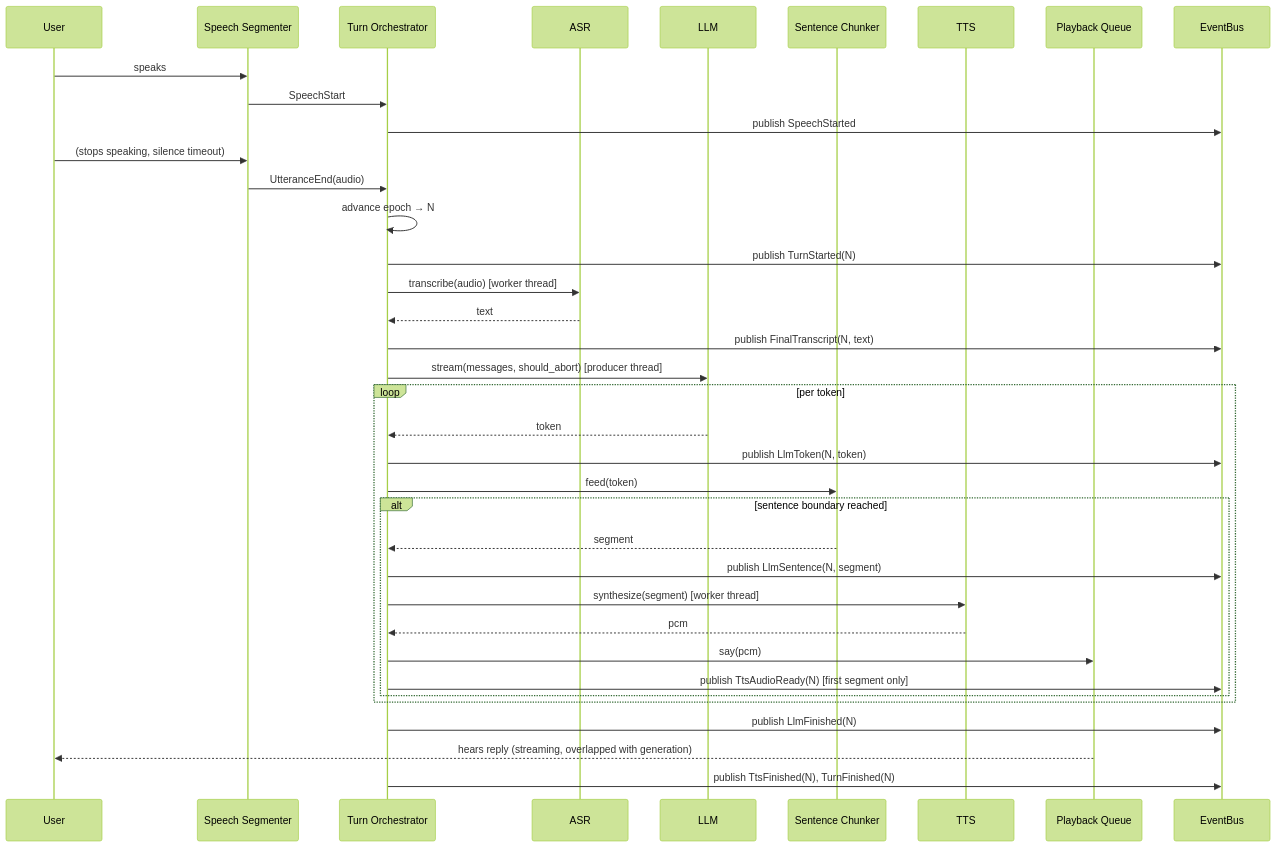
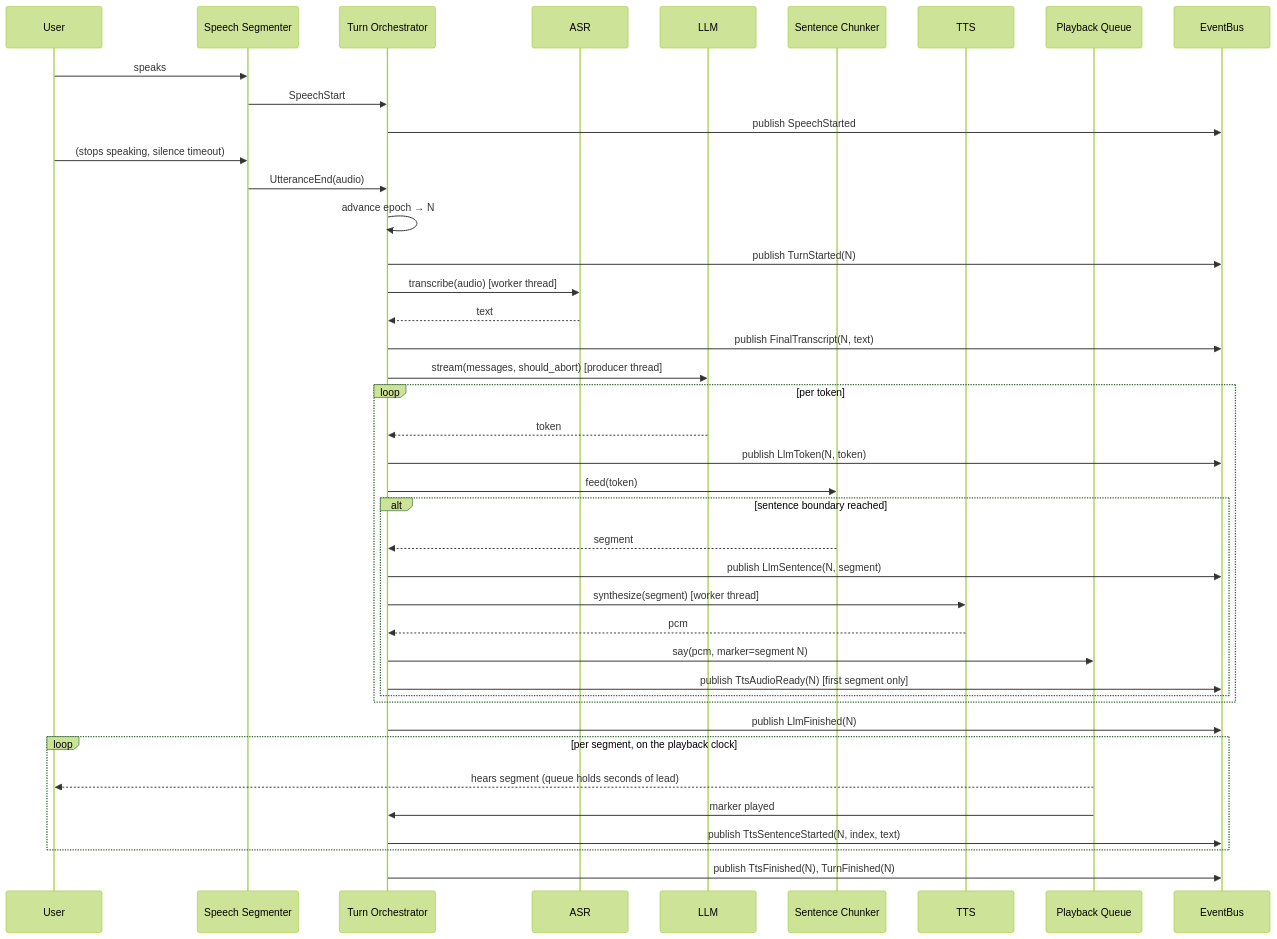
The fourth of 13 diagrams in docs/ARCHITECTURE_DIAGRAMS.md (FahadiF/Edge-Voice-Assistant), drawn with Mermaid (forest theme) before and after one commit. The commit also changed 21 other files, not shown here.

````diff
--- a/docs/ARCHITECTURE_DIAGRAMS.md
+++ b/docs/ARCHITECTURE_DIAGRAMS.md
@@ -195,42 +195,46 @@
 ```mermaid
 sequenceDiagram
     participant User
     participant Segmenter as Speech Segmenter
     participant Orch as Turn Orchestrator
     participant ASR
     participant LLM
     participant Chunker as Sentence Chunker
     participant TTS
     participant Audio as Playback Queue
     participant Bus as EventBus
 
     User->>Segmenter: speaks
     Segmenter->>Orch: SpeechStart
     Orch->>Bus: publish SpeechStarted
     User->>Segmenter: (stops speaking, silence timeout)
     Segmenter->>Orch: UtteranceEnd(audio)
     Orch->>Orch: advance epoch → N
     Orch->>Bus: publish TurnStarted(N)
 
     Orch->>ASR: transcribe(audio)  [worker thread]
     ASR-->>Orch: text
     Orch->>Bus: publish FinalTranscript(N, text)
 
     Orch->>LLM: stream(messages, should_abort)  [producer thread]
     loop per token
         LLM-->>Orch: token
         Orch->>Bus: publish LlmToken(N, token)
         Orch->>Chunker: feed(token)
         alt sentence boundary reached
             Chunker-->>Orch: segment
             Orch->>Bus: publish LlmSentence(N, segment)
             Orch->>TTS: synthesize(segment)  [worker thread]
             TTS-->>Orch: pcm
-            Orch->>Audio: say(pcm)
+            Orch->>Audio: say(pcm, marker=segment N)
             Orch->>Bus: publish TtsAudioReady(N) [first segment only]
         end
     end
     Orch->>Bus: publish LlmFinished(N)
-    Audio-->>User: hears reply (streaming, overlapped with generation)
+    loop per segment, on the playback clock
+        Audio-->>User: hears segment (queue holds seconds of lead)
+        Audio->>Orch: marker played
+        Orch->>Bus: publish TtsSentenceStarted(N, index, text)
+    end
     Orch->>Bus: publish TtsFinished(N), TurnFinished(N)
 ```
````
